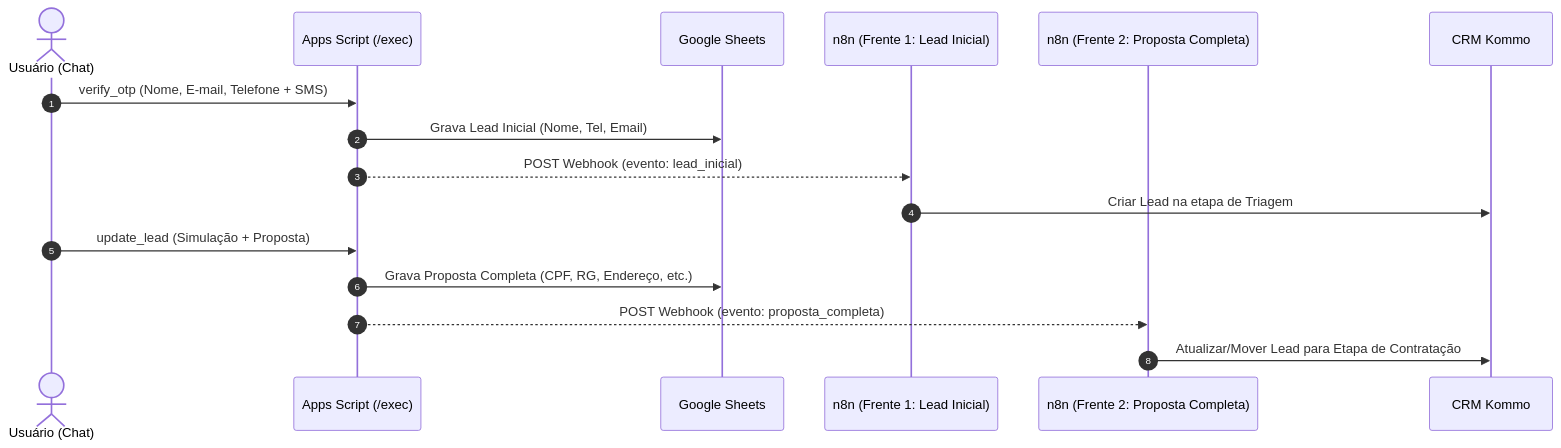
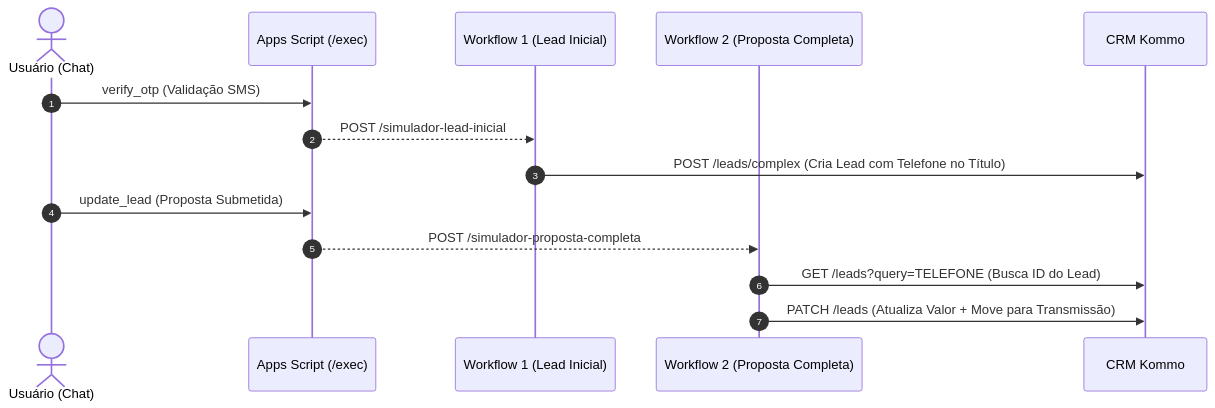
The diagram in docs/integracao-n8n-kommo.md (Djonatankb/simulador-consorcio), drawn with Mermaid before and after one commit. The commit also changed other lines of this file and 8 other files, not shown here.

Commit message:
feat: backend serverless vercel nativo com integracao direta ao kommo crm

````diff
--- a/docs/integracao-n8n-kommo.md
+++ b/docs/integracao-n8n-kommo.md
@@ -11,20 +9,18 @@
 ```mermaid
 sequenceDiagram
     autonumber
     actor Cliente as Usuário (Chat)
     participant Backend as Apps Script (/exec)
-    participant Sheets as Google Sheets
-    participant n8n1 as n8n (Frente 1: Lead Inicial)
-    participant n8n2 as n8n (Frente 2: Proposta Completa)
+    participant n8n1 as Workflow 1 (Lead Inicial)
+    participant n8n2 as Workflow 2 (Proposta Completa)
     participant Kommo as CRM Kommo
 
-    Cliente->>Backend: verify_otp (Nome, E-mail, Telefone + SMS)
-    Backend->>Sheets: Grava Lead Inicial (Nome, Tel, Email)
-    Backend-->>n8n1: POST Webhook (evento: lead_inicial)
-    n8n1->>Kommo: Criar Lead na etapa de Triagem
+    Cliente->>Backend: verify_otp (Validação SMS)
+    Backend-->>n8n1: POST /simulador-lead-inicial
+    n8n1->>Kommo: POST /leads/complex (Cria Lead com Telefone no Título)
 
-    Cliente->>Backend: update_lead (Simulação + Proposta)
-    Backend->>Sheets: Grava Proposta Completa (CPF, RG, Endereço, etc.)
-    Backend-->>n8n2: POST Webhook (evento: proposta_completa)
-    n8n2->>Kommo: Atualizar/Mover Lead para Etapa de Contratação
+    Cliente->>Backend: update_lead (Proposta Submetida)
+    Backend-->>n8n2: POST /simulador-proposta-completa
+    n8n2->>Kommo: GET /leads?query=TELEFONE (Busca ID do Lead)
+    n8n2->>Kommo: PATCH /leads (Atualiza Valor + Move para Transmissão)
 ```
````
